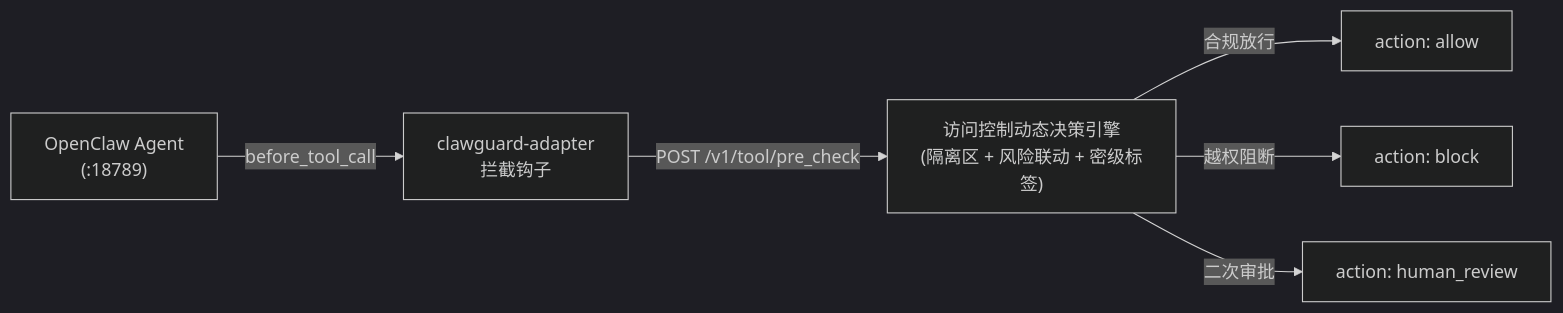
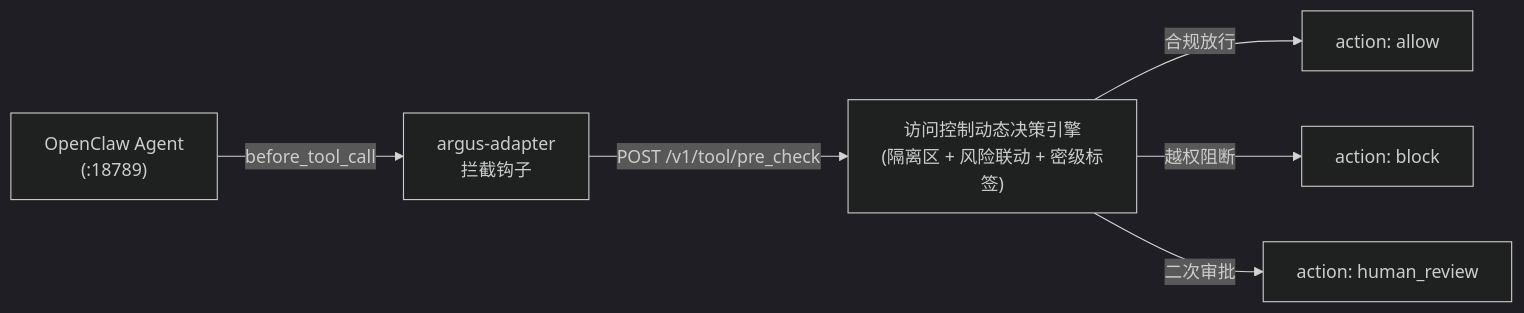
One commit to FerryOTTO/Argus changed the second of 3 diagrams in docs/归档/设计稿v7/访问控制v7.md. Above: the diagram before and after it, drawn with Mermaid (dark theme). The commit also changed other lines of this file and 418 other files, not shown here.

First line of the commit message:
refactor: 全仓库品牌统一 ClawGuard -> Argus

````diff
--- a/docs/归档/设计稿v7/访问控制v7.md
+++ b/docs/归档/设计稿v7/访问控制v7.md
@@ -31,8 +31,8 @@
 ```mermaid
 flowchart LR
-    Agent["OpenClaw Agent<br/>(:18789)"] -->|"before_tool_call"| Hook["clawguard-adapter<br/>拦截钩子"]
+    Agent["OpenClaw Agent<br/>(:18789)"] -->|"before_tool_call"| Hook["argus-adapter<br/>拦截钩子"]
     Hook -->|"POST /v1/tool/pre_check"| Engine["访问控制动态决策引擎<br/>(隔离区 + 风险联动 + 密级标签)"]
     Engine -->|"合规放行"| Allow["action: allow"]
     Engine -->|"越权阻断"| Block["action: block"]
     Engine -->|"二次审批"| Review["action: human_review"]
 ```
````
